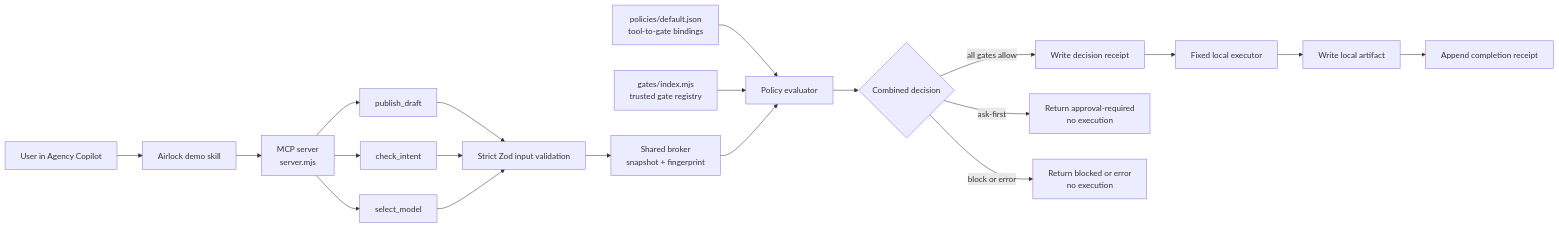
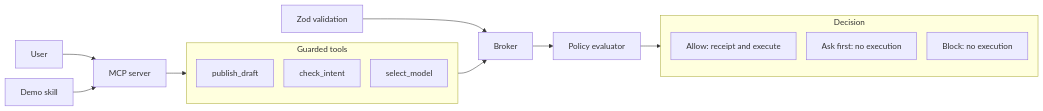
One commit to debchoudhury-id4s/agent-airlock changed the first of 2 diagrams in README.md. Above: the diagram before and after it, drawn with Mermaid. The commit also changed other lines of this file, not shown here.

Commit message:
Improve README diagrams

````diff
--- a/README.md
+++ b/README.md
@@ -233,27 +173,26 @@
 ```mermaid
+%%{init: {"flowchart": {"curve": "basis", "rankSpacing": 40, "nodeSpacing": 20}}}%%
 flowchart LR
-    User["User in Agency Copilot"] --> Skill["Airlock demo skill"]
-    Skill --> Server["MCP server<br/>server.mjs"]
+    User["User"] --> Server["MCP server"]
+    Skill["Demo skill"] --> Server
 
-    Server --> Draft["publish_draft"]
-    Server --> Intent["check_intent"]
-    Server --> Model["select_model"]
+    subgraph Tools["Guarded tools"]
+        direction TB
+        T1["publish_draft"]
+        T2["check_intent"]
+        T3["select_model"]
+    end
 
-    Draft --> Validation["Strict Zod input validation"]
-    Intent --> Validation
-    Model --> Validation
+    Server --> Tools --> Broker["Broker"]
+    Zod["Zod validation"] --> Broker
+    Broker --> Eval["Policy evaluator"]
 
-    Validation --> Broker["Shared broker<br/>snapshot + fingerprint"]
-    Policy["policies/default.json<br/>tool-to-gate bindings"] --> Evaluator["Policy evaluator"]
-    Registry["gates/index.mjs<br/>trusted gate registry"] --> Evaluator
-    Broker --> Evaluator
+    subgraph Decision["Decision"]
+        direction TB
+        Allow["Allow: receipt and execute"]
+        Ask["Ask first: no execution"]
+        Block["Block: no execution"]
+    end
 
-    Evaluator --> Decision{"Combined decision"}
-    Decision -->|"all gates allow"| Receipt["Write decision receipt"]
-    Receipt --> Executor["Fixed local executor"]
-    Executor --> Artifact["Write local artifact"]
-    Artifact --> Completion["Append completion receipt"]
-
-    Decision -->|"ask-first"| Approval["Return approval-required<br/>no execution"]
-    Decision -->|"block or error"| Denied["Return blocked or error<br/>no execution"]
+    Eval --> Decision
 ```
````
